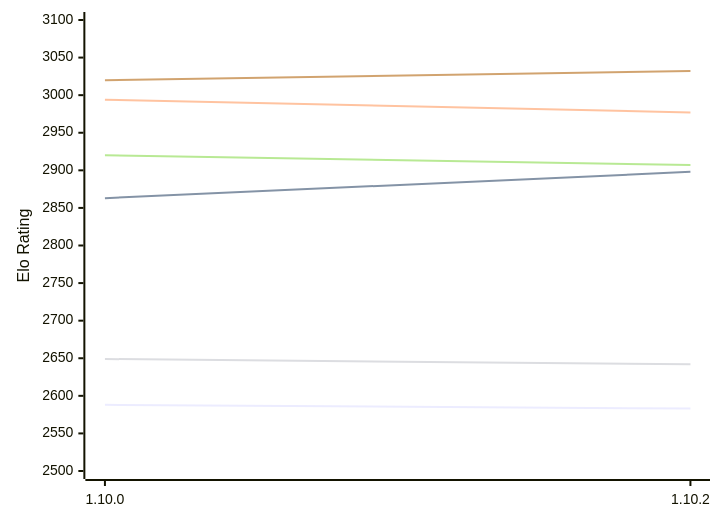
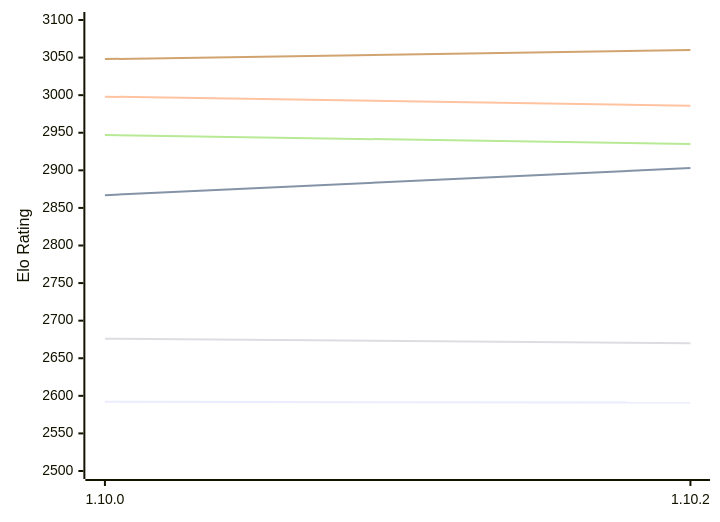
The first of 2 diagrams in engines/Basilisk.md (computer-chess-index/cci), drawn with Mermaid before and after one commit. The commit also changed other lines of this file, not shown here.

Commit message:
Update CCI Ratings (ELO VLTC) - 2026-10-21

````diff
--- a/engines/Basilisk.md
+++ b/engines/Basilisk.md
@@ -61,12 +61,12 @@
 ```mermaid
 %%{init: {"theme":"base","themeVariables":{"seriesColors:['#a3a3a3','#222221','#faa371']}}}%%
 xychart-beta
   x-axis ["1.10.0", "1.10.2"]
   y-axis "Elo Rating" 2500 --> 3100
-  line "E1: STC (8.0+0.08s)" [2588, 2583]
-  line "E1: LTC (60.0+0.60s)" [2863, 2898]
-  line "E1: VLTC (2m24s+1.12s)" [2994, 2977]
-  line "P1: STC (8.0+0.08s)" [2649, 2642]
-  line "P1: LTC (60.0+0.60s)" [2920, 2907]
-  line "P1: VLTC (2m24s+1.12s)" [3020, 3032]
+  line "E1: STC (8.0+0.08s)" [2592, 2591]
+  line "E1: LTC (60.0+0.60s)" [2867, 2903]
+  line "E1: VLTC (2m24s+1.12s)" [2998, 2986]
+  line "P1: STC (8.0+0.08s)" [2676, 2670]
+  line "P1: LTC (60.0+0.60s)" [2947, 2935]
+  line "P1: VLTC (2m24s+1.12s)" [3048, 3060]
 ```
````
